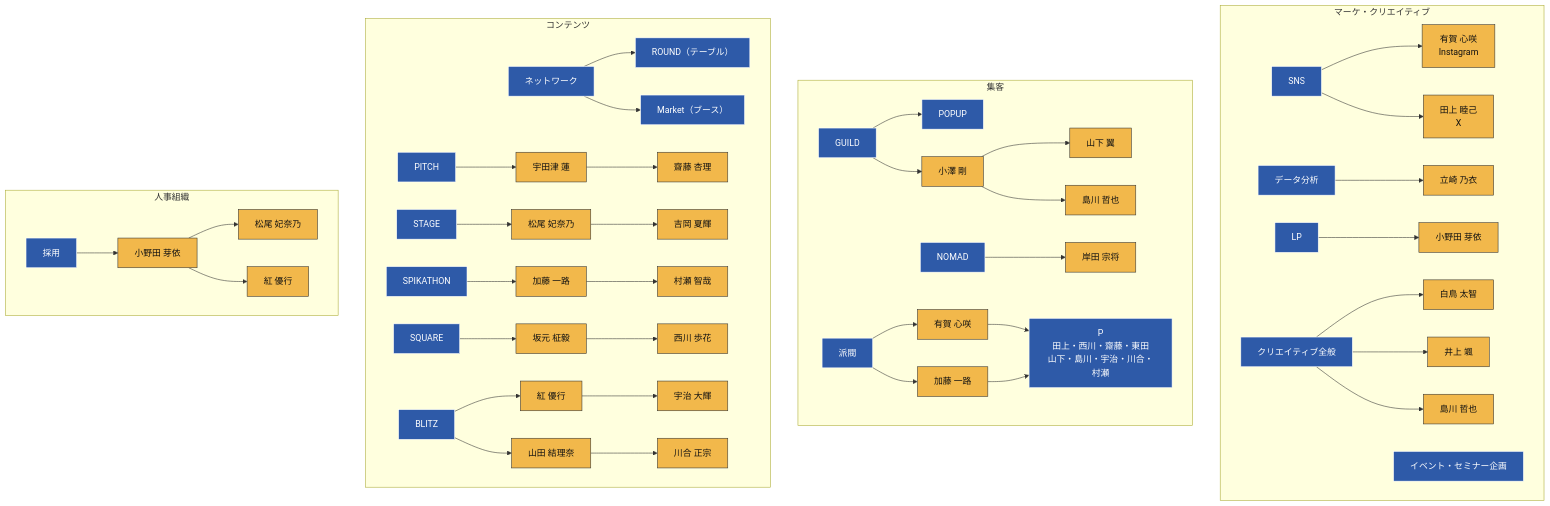
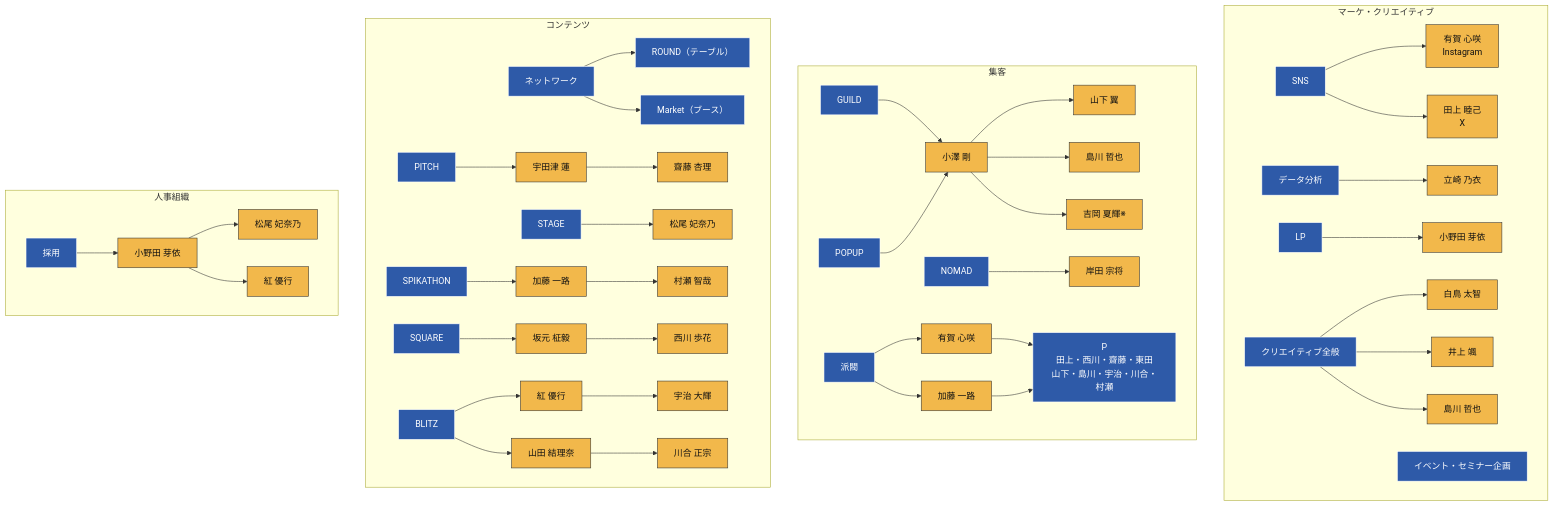
Before and after one commit to liofval/spikes_hr: the third of 3 diagrams in spikes-org-chart.md, drawn with Mermaid. The commit also changed other lines of this file and 1 other file, not shown here.

Commit message:
組織図: 吉岡を当日のみ（※）としてPOPUP配下に移動

````diff
--- a/spikes-org-chart.md
+++ b/spikes-org-chart.md
@@ -90,68 +92,69 @@
 ```mermaid
 graph TD
     subgraph SG_MC ["マーケ・クリエイティブ"]
       SNS[SNS]
       DATA[データ分析]
       EV[イベント・セミナー企画]
       LP[LP]
       CREATIVE[クリエイティブ全般]
       SNS --> Aruga2[有賀 心咲<br/>Instagram]
       SNS --> Tagami2[田上 睦己<br/>X]
       DATA --> Tatsuzaki2[立崎 乃衣]
       LP --> Onoda3[小野田 芽依]
       CREATIVE --> Shiratori2[白鳥 太智]
       CREATIVE --> Inoue2[井上 颯]
       CREATIVE --> Shimakawa3[島川 哲也]
     end
 
     subgraph SG_PROMO ["集客"]
       GUILD[GUILD]
       NOMAD[NOMAD]
-      GUILD --> POPUP[POPUP]
       GUILD --> Ozawa2[小澤 剛]
       Ozawa2 --> Yamashita2[山下 翼]
       Ozawa2 --> Shimakawa2[島川 哲也]
+      POPUP[POPUP]
+      POPUP --> Ozawa2
+      Ozawa2 --> Yoshioka2[吉岡 夏輝※]
       NOMAD --> Kishida2[岸田 宗将]
       HAIBATSU[派閥]
       HAIBATSU --> ArugaP[有賀 心咲]
       HAIBATSU --> KatoP[加藤 一路]
       ArugaP --> PALL["P<br/>田上・西川・齋藤・東田<br/>山下・島川・宇治・川合・村瀬"]
       KatoP --> PALL
     end
 
     subgraph SG_CONT ["コンテンツ"]
       PITCH[PITCH]
       STAGE[STAGE]
       SPIKATHON[SPIKATHON]
       SQUARE[SQUARE]
       BLITZ[BLITZ]
       NW[ネットワーク]
       NW --> ROUND["ROUND（テーブル）"]
       NW --> MARKET["Market（ブース）"]
 
       PITCH --> Udatsu2[宇田津 蓮]
       Udatsu2 --> Saito2[齋藤 杏理]
       STAGE --> Matsuo2[松尾 妃奈乃]
-      Matsuo2 --> Yoshioka2[吉岡 夏輝]
       SPIKATHON --> Kato2[加藤 一路]
       Kato2 --> Murase2[村瀬 智哉]
       SQUARE --> Sakamoto2[坂元 柾毅]
       Sakamoto2 --> Nishikawa2[西川 歩花]
       BLITZ --> Kurenai2[紅 優行]
       BLITZ --> Yamada2[山田 結理奈]
       Kurenai2 --> Uji2[宇治 大輝]
       Yamada2 --> Kawai2[川合 正宗]
     end
 
     subgraph SG_HR ["人事組織"]
       RECRUIT[採用]
       RECRUIT --> Onoda2[小野田 芽依]
       Onoda2 --> Matsuo3[松尾 妃奈乃]
       Onoda2 --> Kurenai3[紅 優行]
     end
 
     classDef role fill:#2e5aa8,stroke:#fff,color:#fff;
     classDef person fill:#f2b84b,stroke:#333,color:#111;
     class SNS,DATA,EV,LP,GUILD,NOMAD,CREATIVE,PITCH,STAGE,SPIKATHON,NW,SQUARE,BLITZ,ROUND,MARKET,POPUP,RECRUIT,HAIBATSU,PALL role;
     class Aruga2,Tagami2,Tatsuzaki2,Ozawa2,Yamashita2,Shimakawa2,Shimakawa3,Kishida2,Shiratori2,Inoue2,Udatsu2,Saito2,Matsuo2,Matsuo3,Kato2,Sakamoto2,Nishikawa2,Kurenai2,Kurenai3,Yamada2,Onoda2,Onoda3,Uji2,Kawai2,Murase2,ArugaP,KatoP,Yoshioka2 person;
 ```
````
